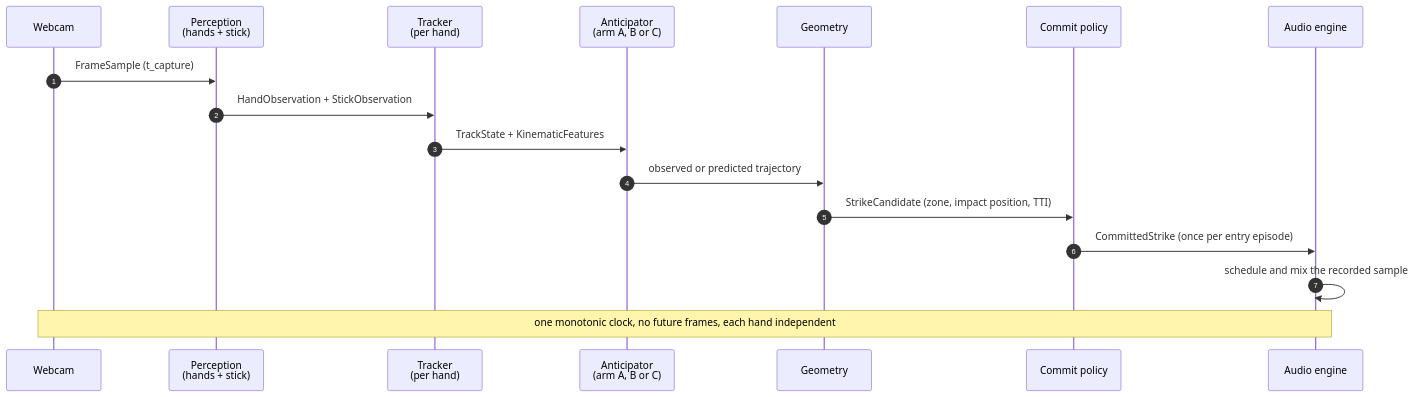
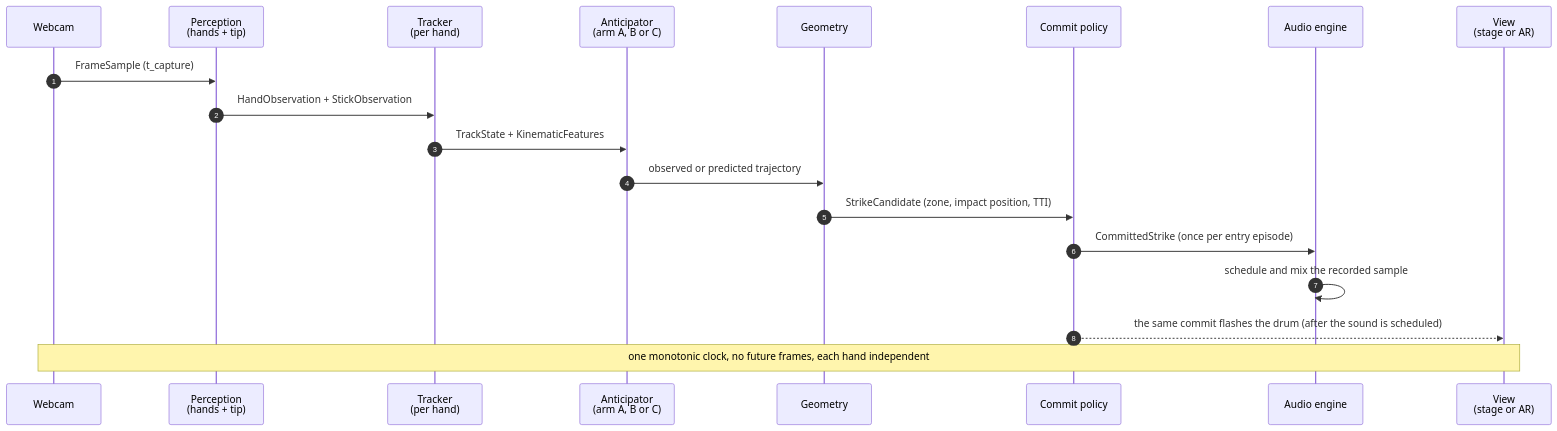
The diagram in README.md (youseffahem/air_drum_project), drawn with Mermaid before and after one commit. The commit also changed other lines of this file and 14 other files, not shown here.

````diff
--- a/README.md
+++ b/README.md
@@ -156,19 +392,21 @@
 ```mermaid
 sequenceDiagram
     autonumber
     participant Cam as Webcam
-    participant Per as Perception<br/>(hands + stick)
+    participant Per as Perception<br/>(hands + tip)
     participant Trk as Tracker<br/>(per hand)
     participant Pre as Anticipator<br/>(arm A, B or C)
     participant Geo as Geometry
     participant Com as Commit policy
     participant Aud as Audio engine
+    participant View as View<br/>(stage or AR)
     Cam->>Per: FrameSample (t_capture)
     Per->>Trk: HandObservation + StickObservation
     Trk->>Pre: TrackState + KinematicFeatures
     Pre->>Geo: observed or predicted trajectory
     Geo->>Com: StrikeCandidate (zone, impact position, TTI)
     Com->>Aud: CommittedStrike (once per entry episode)
     Aud->>Aud: schedule and mix the recorded sample
-    Note over Cam,Aud: one monotonic clock, no future frames, each hand independent
+    Com-->>View: the same commit flashes the drum (after the sound is scheduled)
+    Note over Cam,View: one monotonic clock, no future frames, each hand independent
 ```
````
